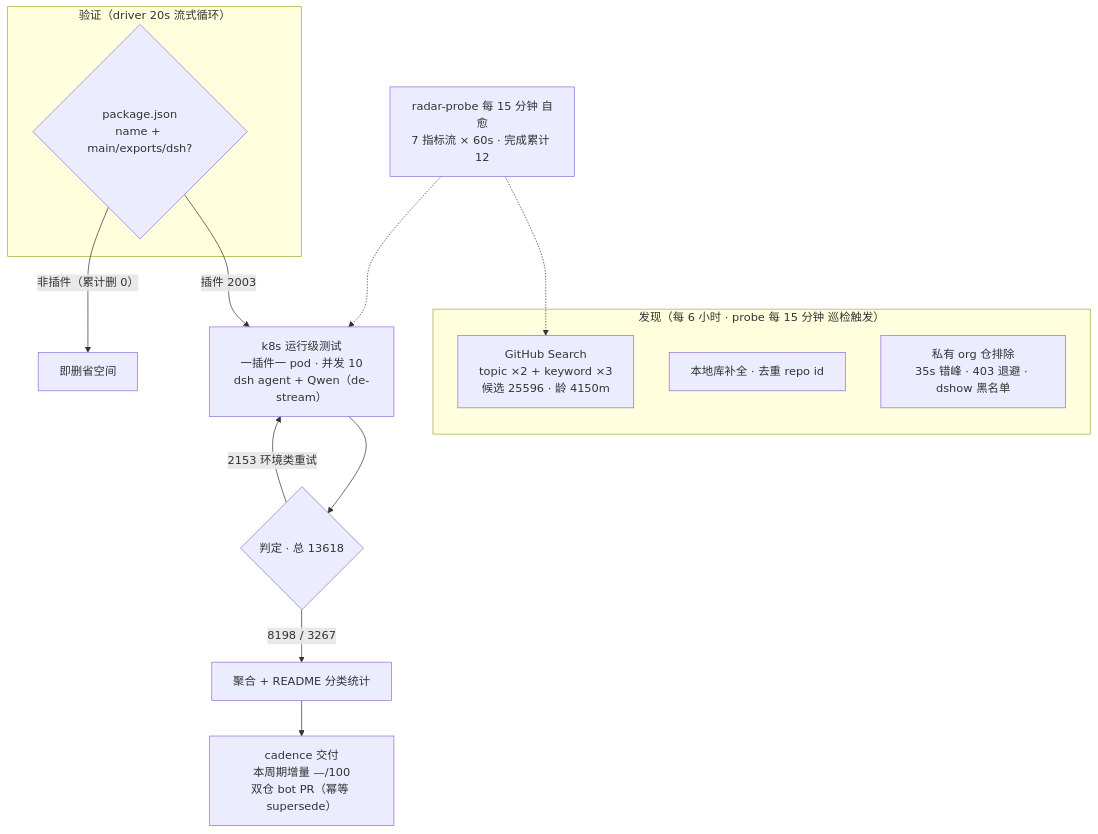
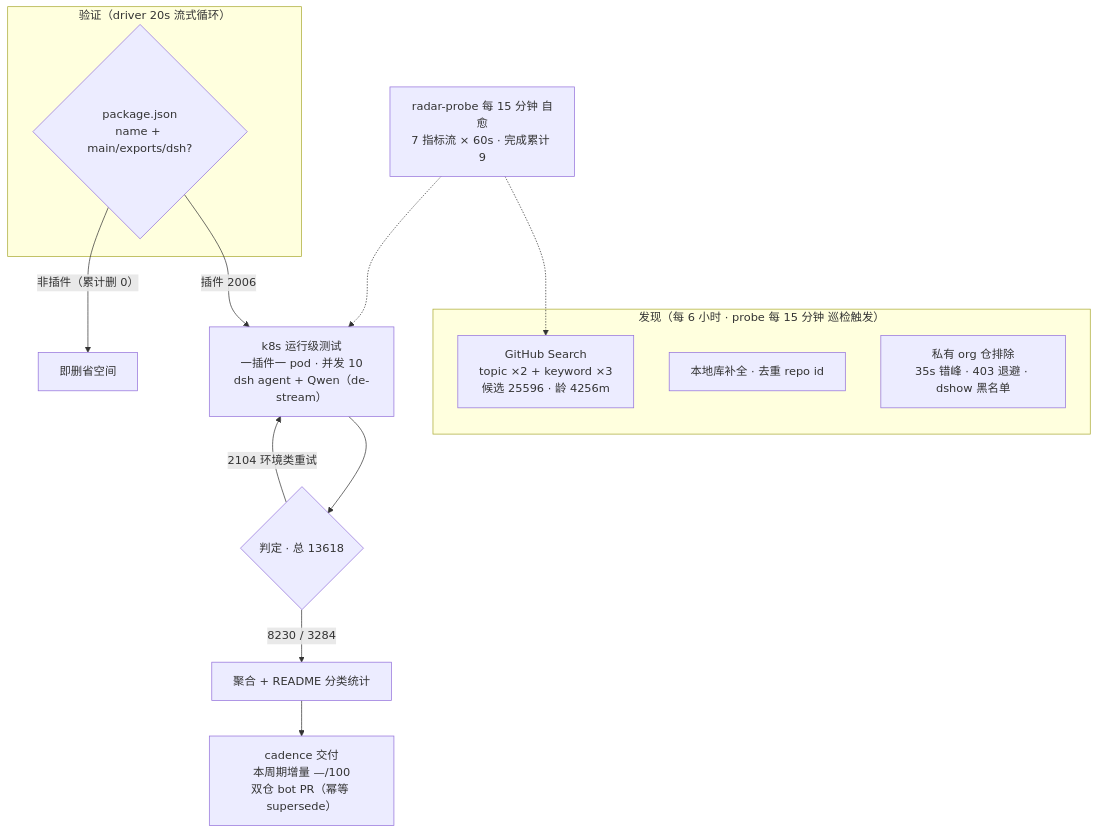
The diagram in README.md (Zhidao-Lab-OSS/awesome-dsh-plugins), drawn with Mermaid before and after one commit. The commit also changed other lines of this file and 1 other file, not shown here.

````diff
--- a/README.md
+++ b/README.md
@@ -54,20 +54,20 @@
 ```mermaid
 flowchart TB
     subgraph Discovery["发现（每 6 小时 · probe 每 15 分钟 巡检触发）"]
-        A1["GitHub Search<br/>topic ×2 + keyword ×3<br/>候选 25596 · 龄 4150m"]
+        A1["GitHub Search<br/>topic ×2 + keyword ×3<br/>候选 25596 · 龄 4256m"]
         A2["本地库补全 · 去重 repo id"]
         A3["私有 org 仓排除<br/>35s 错峰 · 403 退避 · dshow 黑名单"]
     end
     subgraph Validation["验证（driver 20s 流式循环）"]
         B1{"package.json<br/>name + main/exports/dsh?"}
     end
-    B1 -->|"插件 2003"| C1["k8s 运行级测试<br/>一插件一 pod · 并发 10<br/>dsh agent + Qwen（de-stream）"]
+    B1 -->|"插件 2006"| C1["k8s 运行级测试<br/>一插件一 pod · 并发 10<br/>dsh agent + Qwen（de-stream）"]
     B1 -->|"非插件（累计删 0）"| B3["即删省空间"]
     C1 --> D1{"判定 · 总 13618"}
-    D1 -->|"8198 / 3267"| E1["聚合 + README 分类统计"]
-    D1 -->|"2153 环境类重试"| C1
+    D1 -->|"8230 / 3284"| E1["聚合 + README 分类统计"]
+    D1 -->|"2104 环境类重试"| C1
     E1 --> E2["cadence 交付<br/>本周期增量 —/100<br/>双仓 bot PR（幂等 supersede）"]
-    M["radar-probe 每 15 分钟 自愈<br/>7 指标流 × 60s · 完成累计 12"]
+    M["radar-probe 每 15 分钟 自愈<br/>7 指标流 × 60s · 完成累计 9"]
     M -.-> A1
     M -.-> C1
 ```
````
